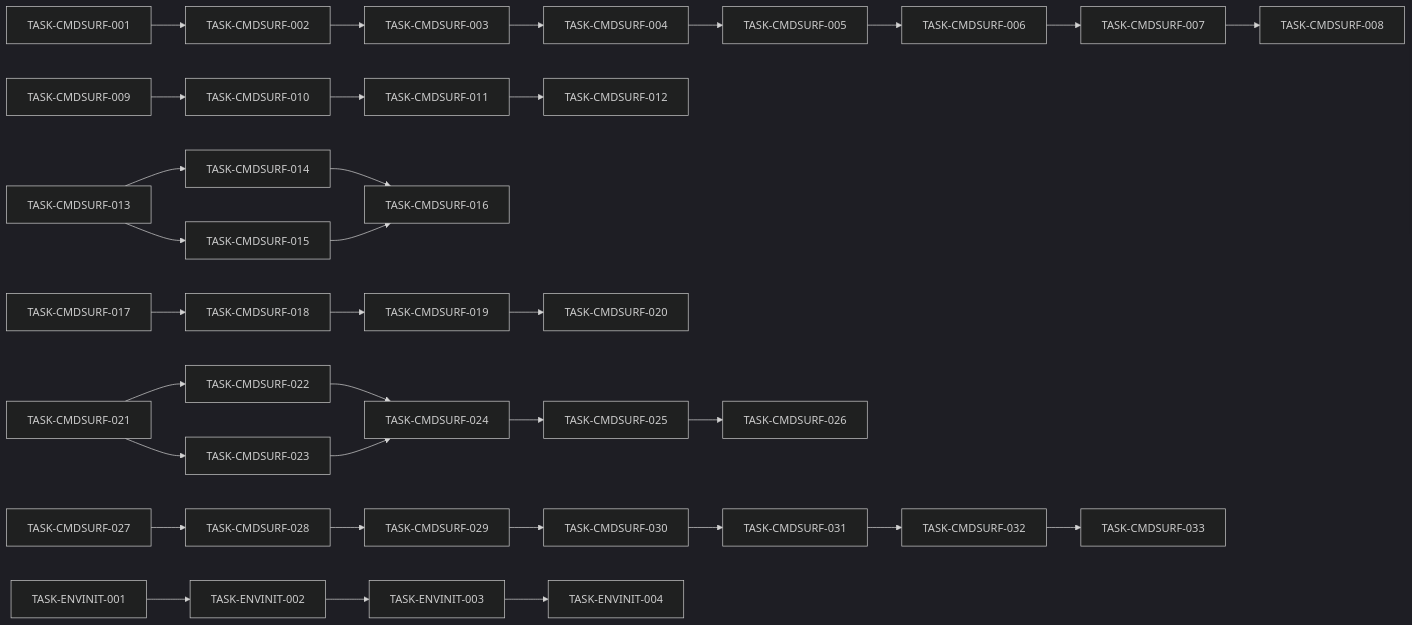
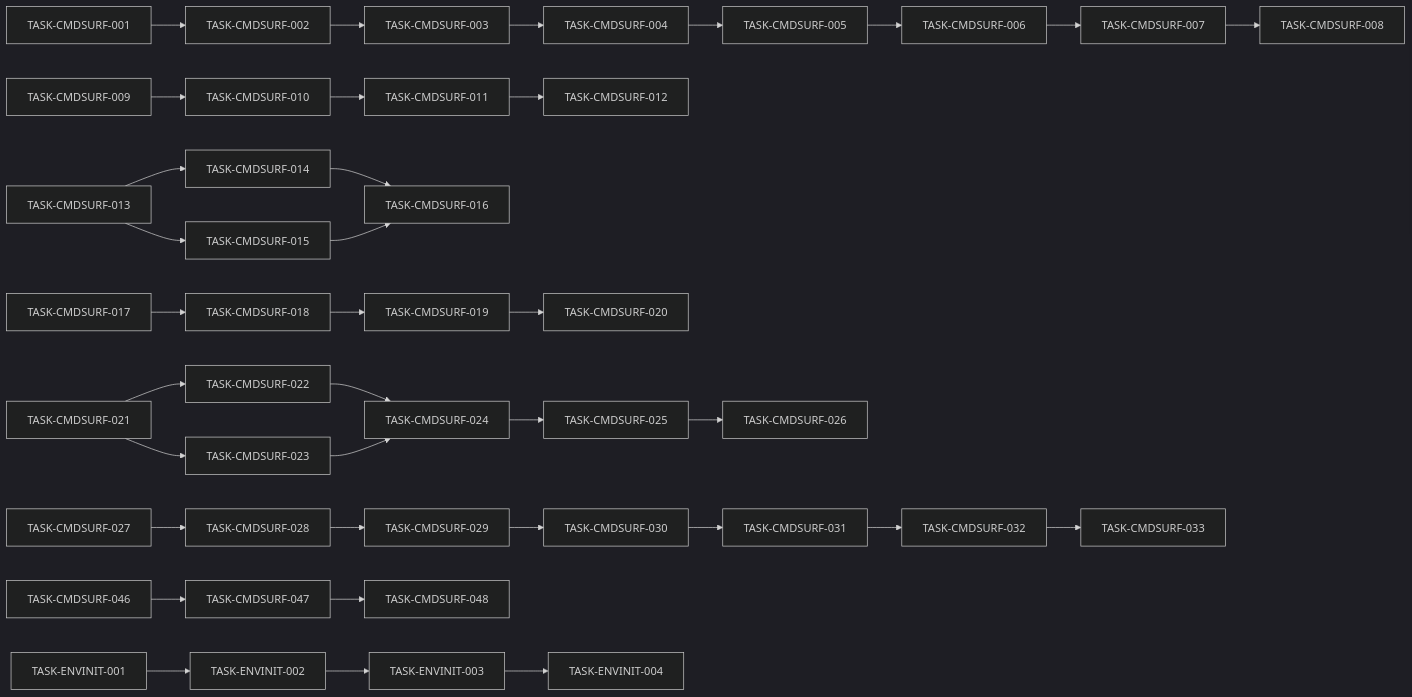
One commit to hollisyao2024/PromptsEngineering changed the diagram in docs/data/task-dependency-matrix.md. Above: the diagram before and after it, drawn with Mermaid (dark theme). The commit also changed other lines of this file and 18 other files, not shown here.

````diff
--- a/docs/data/task-dependency-matrix.md
+++ b/docs/data/task-dependency-matrix.md
@@ -41,35 +43,37 @@
 ```mermaid
 flowchart LR
   T1[TASK-CMDSURF-001] --> T2[TASK-CMDSURF-002]
   T2 --> T3[TASK-CMDSURF-003]
   T3 --> T4[TASK-CMDSURF-004]
   T4 --> T5[TASK-CMDSURF-005]
   T5 --> T6[TASK-CMDSURF-006]
   T6 --> T7[TASK-CMDSURF-007]
   T7 --> T8[TASK-CMDSURF-008]
   C9[TASK-CMDSURF-009] --> C10[TASK-CMDSURF-010]
   C10 --> C11[TASK-CMDSURF-011]
   C11 --> C12[TASK-CMDSURF-012]
   C13[TASK-CMDSURF-013] --> C14[TASK-CMDSURF-014]
   C13 --> C15[TASK-CMDSURF-015]
   C14 --> C16[TASK-CMDSURF-016]
   C15 --> C16
   W17[TASK-CMDSURF-017] --> W18[TASK-CMDSURF-018]
   W18 --> W19[TASK-CMDSURF-019]
   W19 --> W20[TASK-CMDSURF-020]
   H21[TASK-CMDSURF-021] --> H22[TASK-CMDSURF-022]
   H21 --> H23[TASK-CMDSURF-023]
   H22 --> H24[TASK-CMDSURF-024]
   H23 --> H24
   H24 --> H25[TASK-CMDSURF-025]
   H25 --> H26[TASK-CMDSURF-026]
   X27[TASK-CMDSURF-027] --> X28[TASK-CMDSURF-028]
   X28 --> X29[TASK-CMDSURF-029]
   X29 --> X30[TASK-CMDSURF-030]
   X30 --> X31[TASK-CMDSURF-031]
   X31 --> X32[TASK-CMDSURF-032]
   X32 --> X33[TASK-CMDSURF-033]
+  S46[TASK-CMDSURF-046] --> S47[TASK-CMDSURF-047]
+  S47 --> S48[TASK-CMDSURF-048]
   E1[TASK-ENVINIT-001] --> E2[TASK-ENVINIT-002]
   E2 --> E3[TASK-ENVINIT-003]
   E3 --> E4[TASK-ENVINIT-004]
 ```
````
